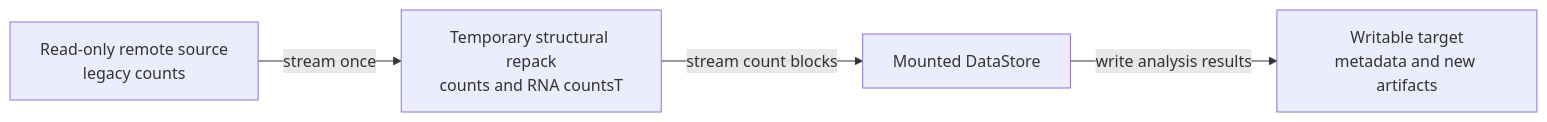
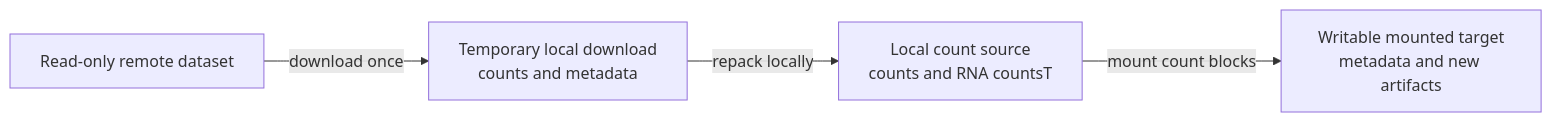
The diagram in docs/source/tutorials/remote_stores.md (NygenAnalytics/scarf), drawn with Mermaid before and after one commit. The commit also changed other lines of this file and 289 other files, not shown here.

````diff
--- a/docs/source/tutorials/remote_stores.md
+++ b/docs/source/tutorials/remote_stores.md
@@ -136,10 +141,10 @@
 ```{mermaid}
 flowchart LR
-    source["Read-only remote source<br/>legacy counts"]
-    repack["Temporary structural repack<br/>counts and RNA countsT"]
-    mount["Mounted DataStore"]
-    target["Writable target<br/>metadata and new artifacts"]
-    source -->|stream once| repack
-    repack -->|stream count blocks| mount
-    mount -->|write analysis results| target
+    source["Read-only remote dataset"]
+    staged["Temporary local download<br/>counts and metadata"]
+    repack["Local count source<br/>counts and RNA countsT"]
+    target["Writable mounted target<br/>metadata and new artifacts"]
+    source -->|download once| staged
+    staged -->|repack locally| repack
+    repack -->|mount count blocks| target
 ```
````
